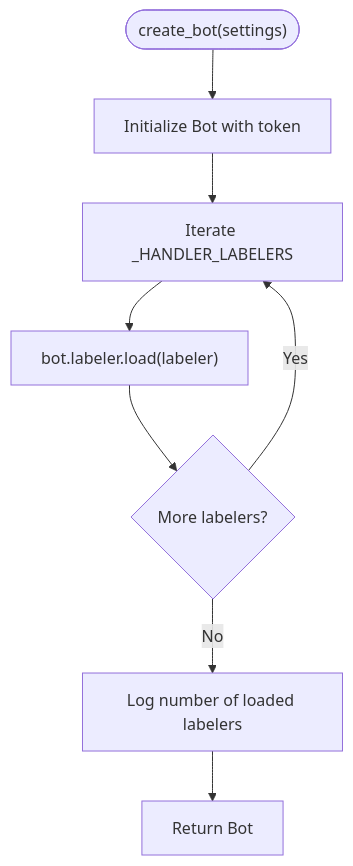
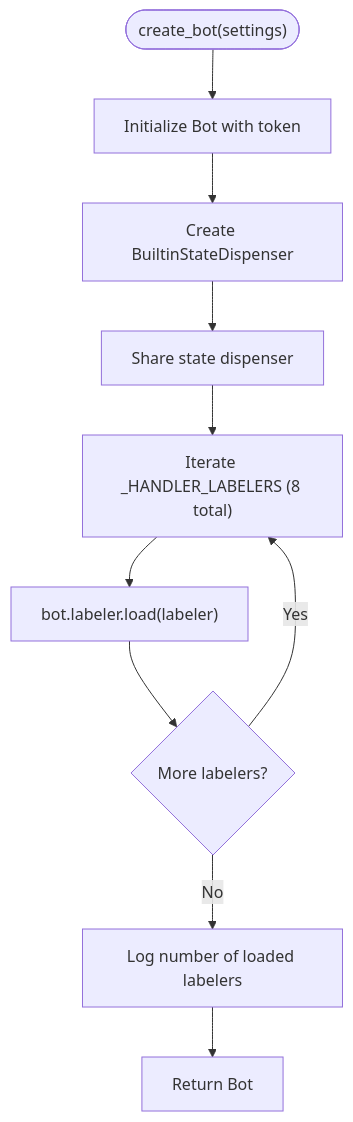
The third of 6 diagrams in .qoder/repowiki/en/content/VK Integration/Bot Factory.md (ognelis/cafetera_hr_bot), drawn with Mermaid before and after one commit. The commit also changed other lines of this file and 16 other files, not shown here.

````diff
--- a/.qoder/repowiki/en/content/VK Integration/Bot Factory.md
+++ b/.qoder/repowiki/en/content/VK Integration/Bot Factory.md
@@ -141,10 +159,12 @@
 ```mermaid
 flowchart TD
 Start(["create_bot(settings)"]) --> Init["Initialize Bot with token"]
-Init --> Loop["Iterate _HANDLER_LABELERS"]
+Init --> StateDispenser["Create BuiltinStateDispenser"]
+StateDispenser --> ShareDispenser["Share state dispenser"]
+ShareDispenser --> Loop["Iterate _HANDLER_LABELERS (8 total)"]
 Loop --> Load["bot.labeler.load(labeler)"]
 Load --> Next{"More labelers?"}
 Next --> |Yes| Loop
 Next --> |No| Log["Log number of loaded labelers"]
 Log --> Return["Return Bot"]
 ```
````
